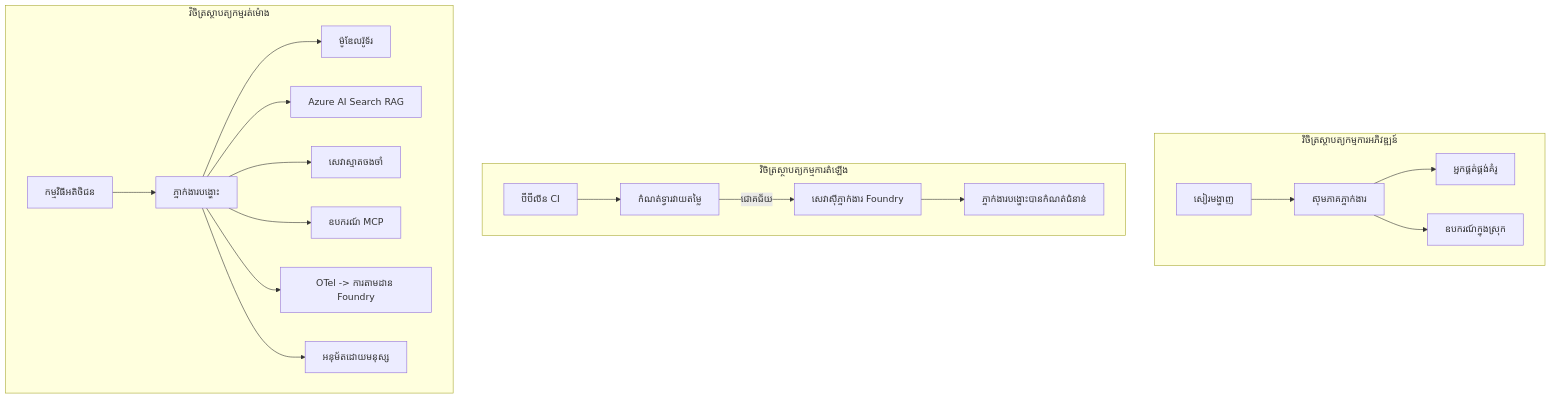
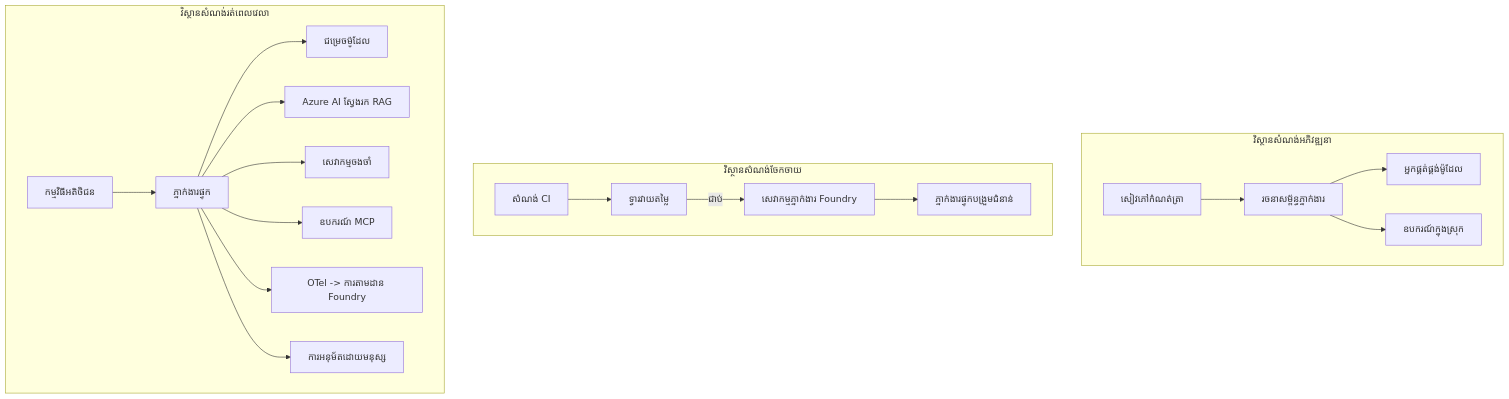
One commit to gabrielmoreira/agent-skills-mirror changed the fourth of 4 diagrams in mirrors/repos/microsoft@ai-agents-for-beginners/translations/km/16-deploying-scalable-agents/README.md. Above: the diagram before and after it, drawn with Mermaid. The commit also changed other lines of this file and 4262 other files, not shown here.

````diff
--- a/mirrors/repos/microsoft@ai-agents-for-beginners/translations/km/16-deploying-scalable-agents/README.md
+++ b/mirrors/repos/microsoft@ai-agents-for-beginners/translations/km/16-deploying-scalable-agents/README.md
@@ -185,22 +185,22 @@
 ```mermaid
 flowchart TB
-    subgraph Dev[វិចិត្រស្ថាបត្យកម្មការអភិវឌ្ឍន៍]
-        D1[សៀរមង្ហាញ] --> D2[ស៊ុមភាគភ្នាក់ងារ]
-        D2 --> D3[អ្នកផ្គត់ផ្គង់គំរូ]
+    subgraph Dev[វិស្ថានសំណង់អភិវឌ្ឍនា]
+        D1[សៀវភៅកំណត់ត្រា] --> D2[រចនាសម្ព័ន្ធភ្នាក់ងារ]
+        D2 --> D3[អ្នកផ្គត់ផ្គង់ម៉ូដែល]
         D2 --> D4[ឧបករណ៍ក្នុងស្រុក]
     end
-    subgraph Deploy[វិចិត្រស្ថាបត្យកម្មការតំឡើង]
-        E1[ប៊ីប៊ីលីន CI] --> E2[កំណត់ទ្វារវាយតម្លៃ]
-        E2 -->|ជោគជ័យ| E3[សេវាស៊ីភ្នាក់ងារ Foundry]
-        E3 --> E4[ភ្នាក់ងារបង្ហោះបានកំណត់ជំនាន់]
+    subgraph Deploy[វិស្ថានសំណង់ចែកចាយ]
+        E1[សំណង់ CI] --> E2[ទ្វារវាយតម្លៃ]
+        E2 -->|ជាប់| E3[សេវាកម្មភ្នាក់ងារ Foundry]
+        E3 --> E4[ភ្នាក់ងារផ្ទុកបង្រួមជំនាន់]
     end
-    subgraph Run[វិចិត្រស្ថាបត្យកម្មរត់ម៉ោង]
-        F1[កម្មវិធីអតិថិជន] --> F2[ភ្នាក់ងារបង្ហោះ]
-        F2 --> F3[ម៉ូឌែលរ៉ូទ័រ]
-        F2 --> F4[Azure AI Search RAG]
-        F2 --> F5[សេវាស្មាតចងចាំ]
+    subgraph Run[វិស្ថានសំណង់រត់ពេលវេលា]
+        F1[កម្មវិធីអតិថិជន] --> F2[ភ្នាក់ងារផ្ទុក]
+        F2 --> F3[ជម្រេចម៉ូដែល]
+        F2 --> F4[Azure AI ស្វែងរក RAG]
+        F2 --> F5[សេវាកម្មចងចាំ]
         F2 --> F6[ឧបករណ៍ MCP]
         F2 --> F7[OTel -> ការតាមដាន Foundry]
-        F2 --> F8[អនុម័តដោយមនុស្ស]
+        F2 --> F8[ការអនុម័តដោយមនុស្ស]
     end
 ```
````
